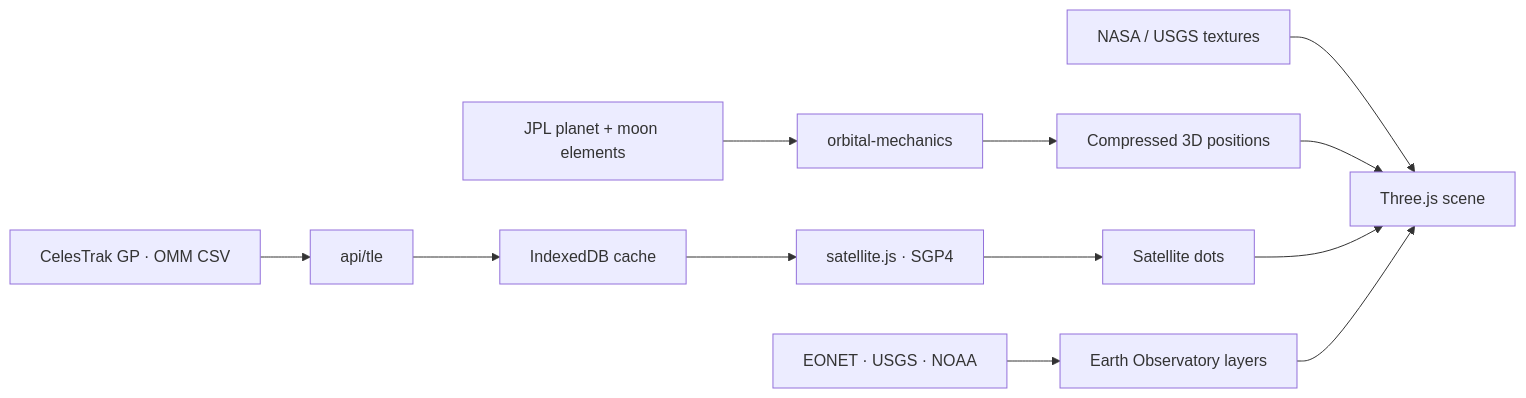
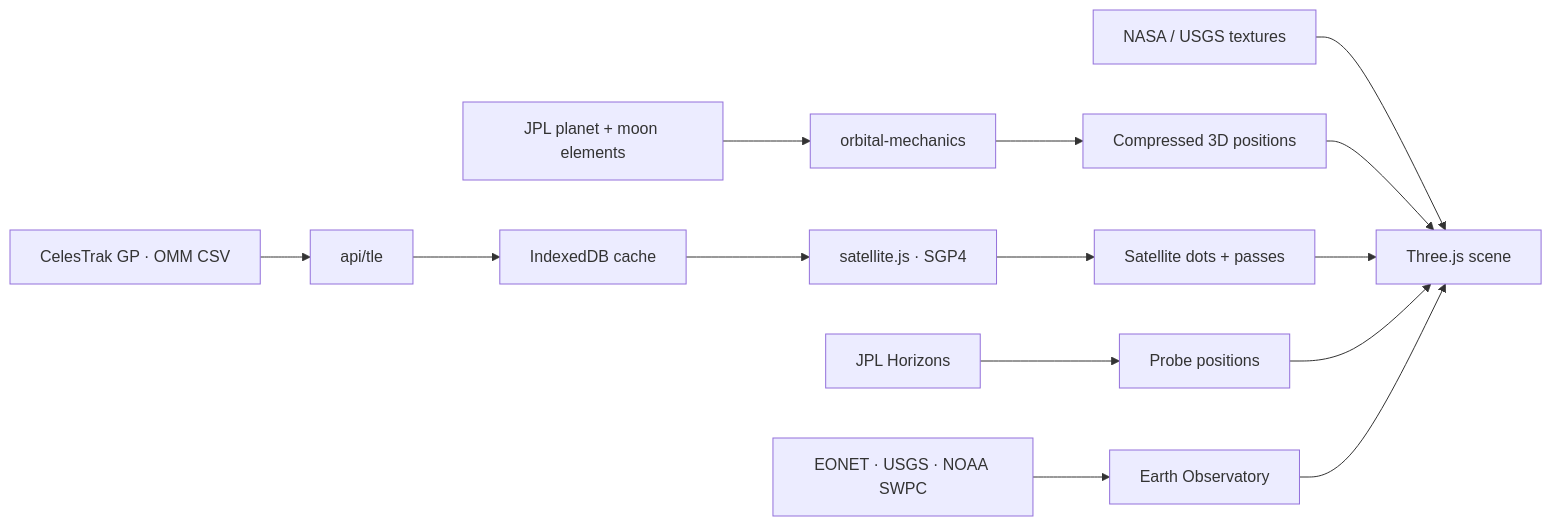
The diagram in README.md (kutluhangil/Astrobender), drawn with Mermaid before and after one commit. The commit also changed other lines of this file and 3 other files, not shown here.

````diff
--- a/README.md
+++ b/README.md
@@ -59,11 +87,13 @@
 ```mermaid
 flowchart LR
   GP[CelesTrak GP · OMM CSV] --> API[api/tle]
   API --> IDB[IndexedDB cache]
-  IDB --> SGP[satellite.js · SGP4] --> DOTS[Satellite dots]
+  IDB --> SGP[satellite.js · SGP4] --> DOTS[Satellite dots + passes]
   JPL[JPL planet + moon elements] --> OM[orbital-mechanics] --> POS[Compressed 3D positions]
+  HZ[JPL Horizons] --> PROBES[Probe positions]
   TEX[NASA / USGS textures] --> GL[Three.js scene]
   POS --> GL
   DOTS --> GL
-  OBS[EONET · USGS · NOAA] --> LAYERS[Earth Observatory layers] --> GL
+  PROBES --> GL
+  OBS[EONET · USGS · NOAA SWPC] --> LAYERS[Earth Observatory] --> GL
 ```
````
